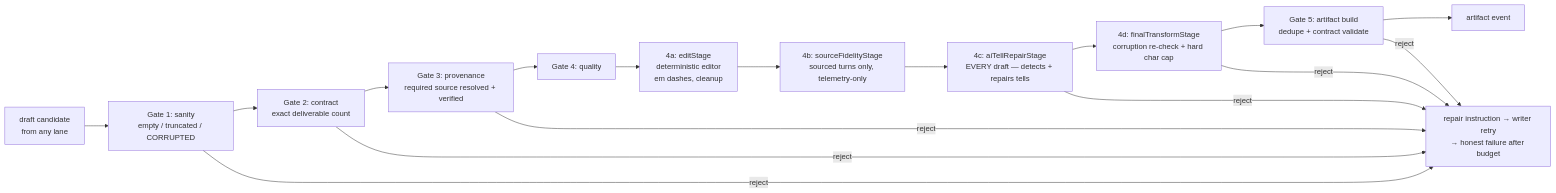
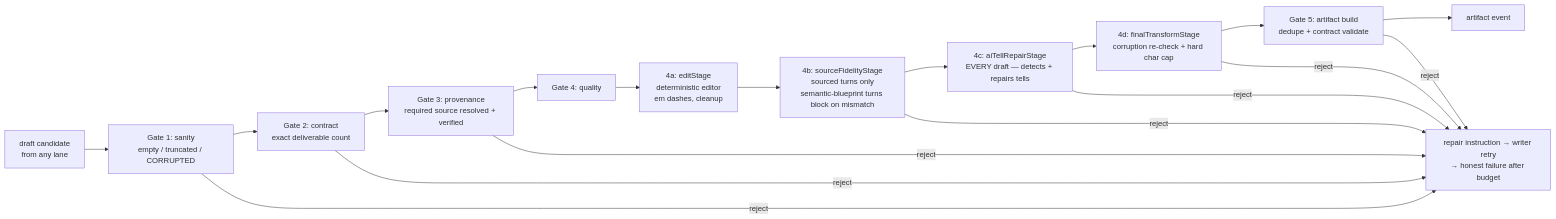
Before and after one commit to danielnogueira8/LinkedInViralPostsSwipeFile: the third of 3 diagrams in docs/agents/pipeline.md, drawn with Mermaid. The commit also changed other lines of this file and 14 other files, not shown here.

````diff
--- a/docs/agents/pipeline.md
+++ b/docs/agents/pipeline.md
@@ -133,14 +133,14 @@
 ```mermaid
 flowchart LR
     C[draft candidate<br/>from any lane] --> G1[Gate 1: sanity<br/>empty / truncated / CORRUPTED]
     G1 --> G2[Gate 2: contract<br/>exact deliverable count]
     G2 --> G3[Gate 3: provenance<br/>required source resolved + verified]
     G3 --> G4[Gate 4: quality]
     G4 --> G4a[4a: editStage<br/>deterministic editor<br/>em dashes, cleanup]
-    G4a --> G4b[4b: sourceFidelityStage<br/>sourced turns only, telemetry-only]
+    G4a --> G4b[4b: sourceFidelityStage<br/>sourced turns only<br/>semantic-blueprint turns block on mismatch]
     G4b --> G4c[4c: aiTellRepairStage<br/>EVERY draft — detects + repairs tells]
     G4c --> G4d[4d: finalTransformStage<br/>corruption re-check + hard char cap]
     G4d --> G5[Gate 5: artifact build<br/>dedupe + contract validate]
     G5 --> OK[artifact event]
-    G1 & G2 & G3 & G4c & G4d & G5 -->|reject| RJ[repair instruction → writer retry<br/>→ honest failure after budget]
+    G1 & G2 & G3 & G4b & G4c & G4d & G5 -->|reject| RJ[repair instruction → writer retry<br/>→ honest failure after budget]
 ```
````
